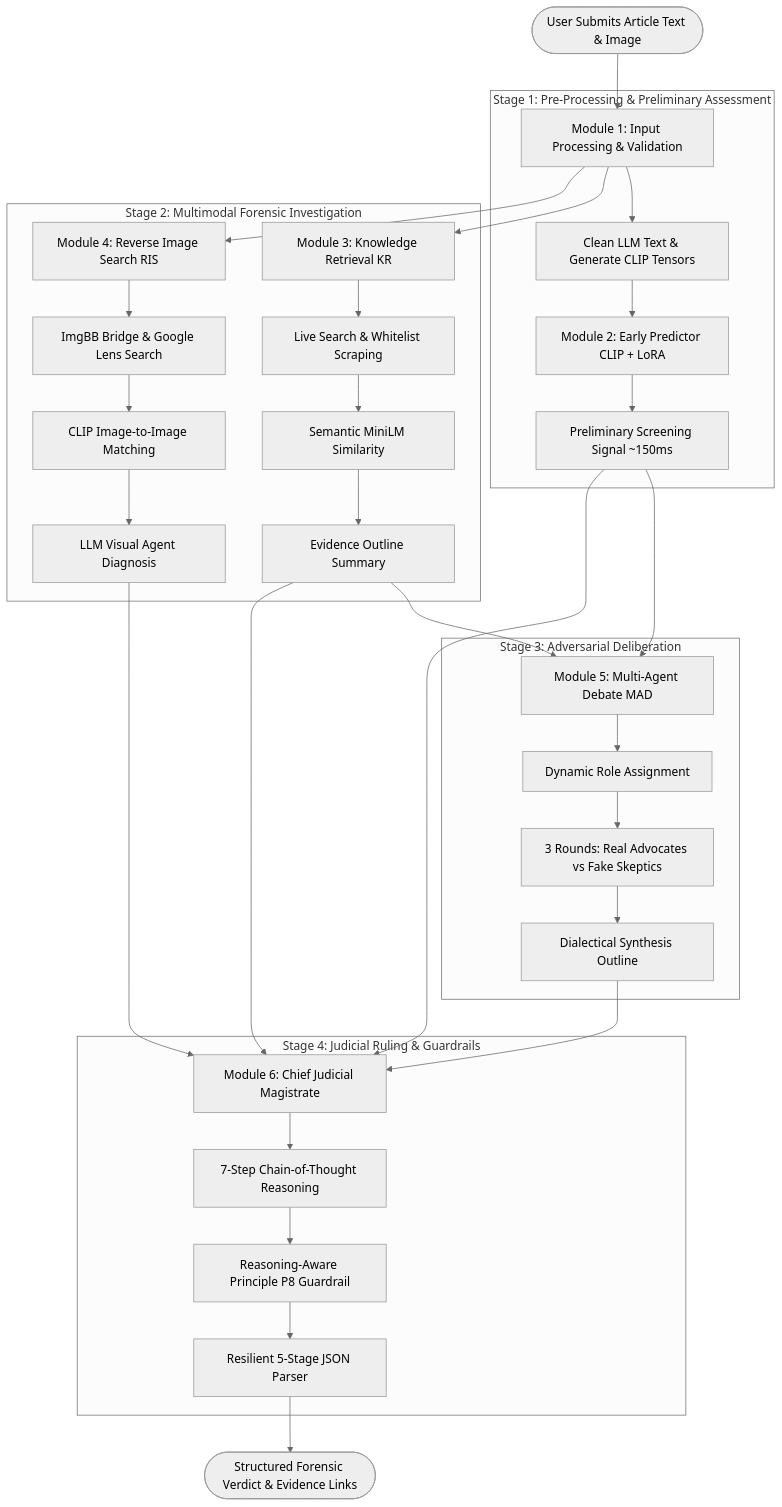
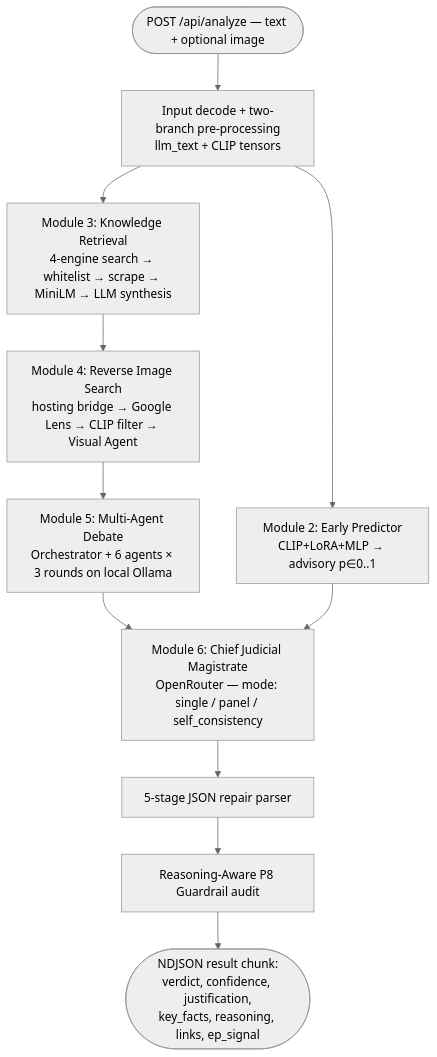
The diagram in docs/RAHMAD_COMPREHENSIVE_SYSTEM_DOCUMENTATION.md (MeTheGreat1474/RAHMAD), drawn with Mermaid (neutral theme) before and after one commit. The commit also changed other lines of this file and 8 other files, not shown here.

````diff
--- a/docs/RAHMAD_COMPREHENSIVE_SYSTEM_DOCUMENTATION.md
+++ b/docs/RAHMAD_COMPREHENSIVE_SYSTEM_DOCUMENTATION.md
@@ -64,44 +142,15 @@
 ```mermaid
 flowchart TD
-    User([User Submits Article Text & Image]) --> M1[Module 1: Input Processing & Validation]
+    User([POST /api/analyze — text + optional image]) --> M1[Input decode + two-branch pre-processing<br/>llm_text + CLIP tensors]
     
-    subgraph STAGE_1 ["Stage 1: Pre-Processing & Preliminary Assessment"]
-        M1 --> EP_Prep[Clean LLM Text & Generate CLIP Tensors]
-        EP_Prep --> M2[Module 2: Early Predictor CLIP + LoRA]
-        M2 --> EP_Out[Preliminary Screening Signal ~150ms]
-    end
+    M1 --> M2[Module 2: Early Predictor<br/>CLIP+LoRA+MLP → advisory p∈0..1]
+    M1 --> M3[Module 3: Knowledge Retrieval<br/>4-engine search → whitelist → scrape → MiniLM → LLM synthesis]
+    M3 --> M4[Module 4: Reverse Image Search<br/>hosting bridge → Google Lens → CLIP filter → Visual Agent]
+    M4 --> M5[Module 5: Multi-Agent Debate<br/>Orchestrator + 6 agents × 3 rounds on local Ollama]
+    M5 --> M6[Module 6: Chief Judicial Magistrate<br/>OpenRouter — mode: single / panel / self_consistency]
+    M2 --> M6
     
-    subgraph STAGE_2 ["Stage 2: Multimodal Forensic Investigation"]
-        M1 --> M3[Module 3: Knowledge Retrieval KR]
-        M1 --> M4[Module 4: Reverse Image Search RIS]
-        
-        M3 --> KR_Search[Live Search & Whitelist Scraping]
-        KR_Search --> KR_Embed[Semantic MiniLM Similarity]
-        KR_Embed --> KR_Summ[Evidence Outline Summary]
-        
-        M4 --> RIS_Upload[ImgBB Bridge & Google Lens Search]
-        RIS_Upload --> RIS_Visual[CLIP Image-to-Image Matching]
-        RIS_Visual --> RIS_Agent[LLM Visual Agent Diagnosis]
-    end
-    
-    subgraph STAGE_3 ["Stage 3: Adversarial Deliberation"]
-        EP_Out --> M5[Module 5: Multi-Agent Debate MAD]
-        KR_Summ --> M5
-        M5 --> MAD_Profiles[Dynamic Role Assignment]
-        MAD_Profiles --> MAD_Debate[3 Rounds: Real Advocates vs Fake Skeptics]
-        MAD_Debate --> MAD_Consensus[Dialectical Synthesis Outline]
-    end
-    
-    subgraph STAGE_4 ["Stage 4: Judicial Ruling & Guardrails"]
-        EP_Out --> M6[Module 6: Chief Judicial Magistrate]
-        KR_Summ --> M6
-        RIS_Agent --> M6
-        MAD_Consensus --> M6
-        
-        M6 --> J_CoT[7-Step Chain-of-Thought Reasoning]
-        J_CoT --> J_P8[Reasoning-Aware Principle P8 Guardrail]
-        J_P8 --> J_Parse[Resilient 5-Stage JSON Parser]
-    end
-    
-    J_Parse --> FinalResult([Structured Forensic Verdict & Evidence Links])
+    M6 --> J_Parse[5-stage JSON repair parser]
+    J_Parse --> P8[Reasoning-Aware P8 Guardrail audit]
+    P8 --> FinalResult([NDJSON result chunk:<br/>verdict, confidence, justification,<br/>key_facts, reasoning, links, ep_signal])
 ```
````
